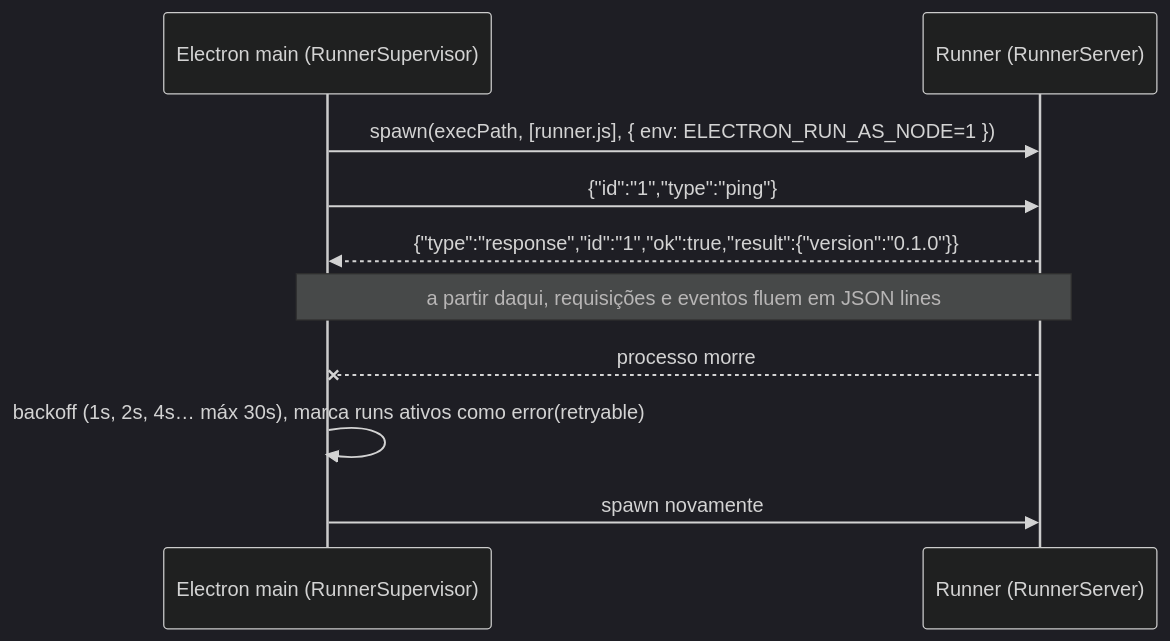
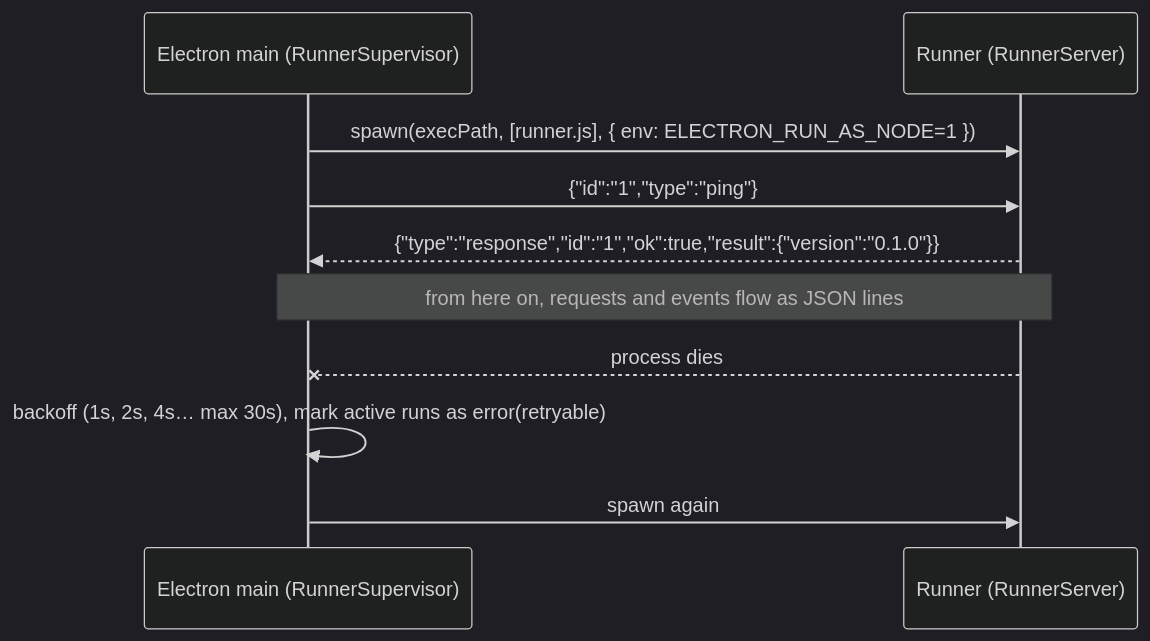
Before and after one commit to comitiva-dev/comitiva: the second of 3 diagrams in docs/design.md, drawn with Mermaid (dark theme). The commit also changed other lines of this file and 1 other file, not shown here.

````diff
--- a/docs/design.md
+++ b/docs/design.md
@@ -309,12 +309,12 @@
 ```mermaid
 sequenceDiagram
     participant M as Electron main (RunnerSupervisor)
     participant R as Runner (RunnerServer)
     M->>R: spawn(execPath, [runner.js], { env: ELECTRON_RUN_AS_NODE=1 })
     M->>R: {"id":"1","type":"ping"}
     R-->>M: {"type":"response","id":"1","ok":true,"result":{"version":"0.1.0"}}
-    Note over M,R: a partir daqui, requisições e eventos fluem em JSON lines
-    R--xM: processo morre
-    M->>M: backoff (1s, 2s, 4s… máx 30s), marca runs ativos como error(retryable)
-    M->>R: spawn novamente
+    Note over M,R: from here on, requests and events flow as JSON lines
+    R--xM: process dies
+    M->>M: backoff (1s, 2s, 4s… max 30s), mark active runs as error(retryable)
+    M->>R: spawn again
 ```
````
